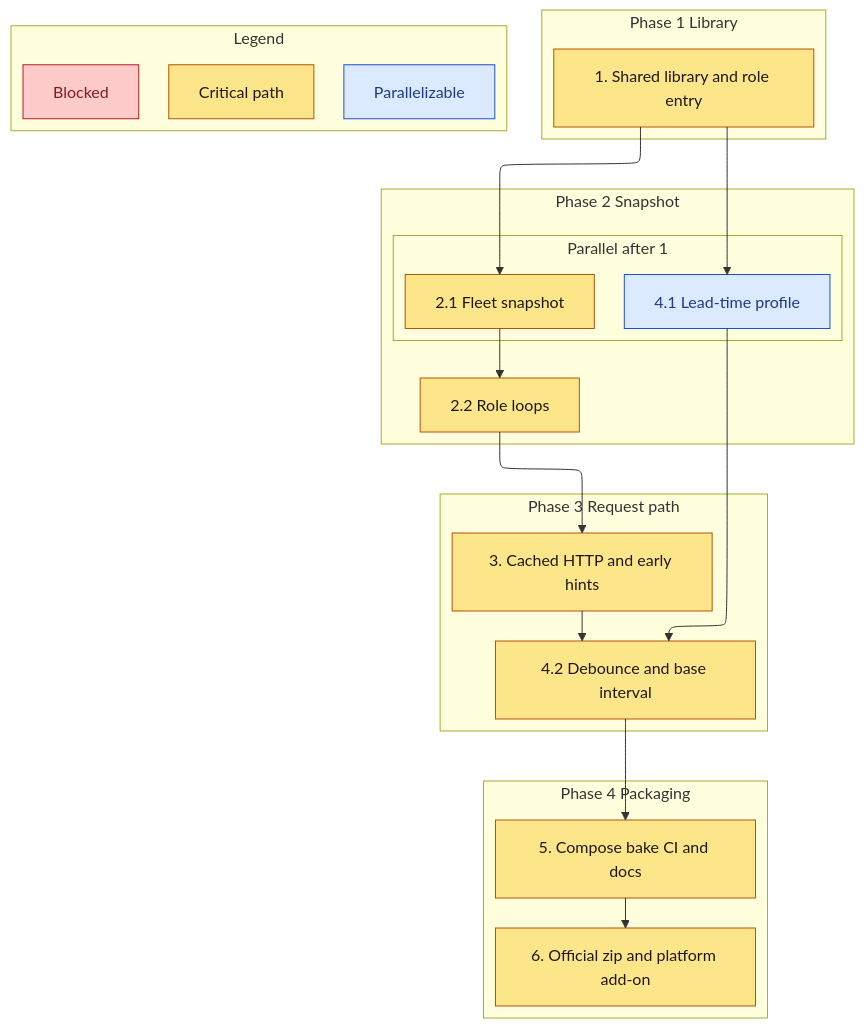
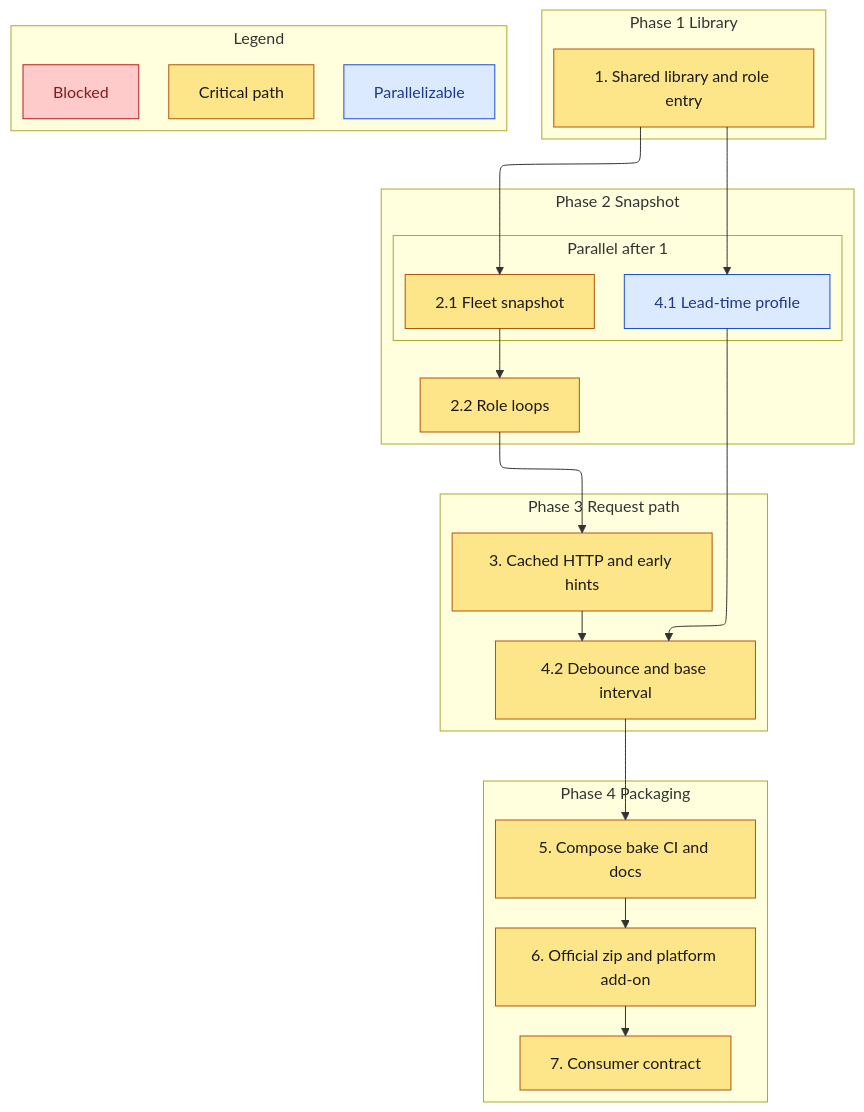
The diagram in .kiro/specs/three-feed-containers/tasks.md (sohampatwardhan/Amtrak-GTFS-RT), drawn with Mermaid before and after one commit. The commit also changed other lines of this file and 4 other files, not shown here.

````diff
--- a/.kiro/specs/three-feed-containers/tasks.md
+++ b/.kiro/specs/three-feed-containers/tasks.md
@@ -42,46 +46,48 @@
 ```mermaid
 ---
 config:
   layout: elk
 ---
 flowchart TB
   subgraph phase1 [Phase 1 Library]
     t1["1. Shared library and role entry"]
   end
   subgraph phase2 [Phase 2 Snapshot]
     subgraph parallel2 [Parallel after 1]
       t21["2.1 Fleet snapshot"]
       t41["4.1 Lead-time profile"]
     end
     t22["2.2 Role loops"]
   end
   subgraph phase3 [Phase 3 Request path]
     t3["3. Cached HTTP and early hints"]
     t42["4.2 Debounce and base interval"]
   end
   subgraph phase4 [Phase 4 Packaging]
     t5["5. Compose bake CI and docs"]
     t6["6. Official zip and platform add-on"]
+    t7["7. Consumer contract"]
   end
   subgraph legend [Legend]
     legCrit["Critical path"]
     legPar["Parallelizable"]
     legBlock["Blocked"]
   end
   t1 --> t21
   t1 --> t41
   t21 --> t22
   t22 --> t3
   t41 --> t42
   t3 --> t42
   t42 --> t5
   t5 --> t6
+  t6 --> t7
   classDef critical fill:#fde68a,stroke:#b45309,color:#1c1917
   classDef parallel fill:#dbeafe,stroke:#1d4ed8,color:#1e3a8a
   classDef blocked fill:#fecaca,stroke:#b91c1c,color:#7f1d1d
-  class t1,t21,t22,t3,t42,t5,t6 critical
+  class t1,t21,t22,t3,t42,t5,t6,t7 critical
   class t41 parallel
   class legCrit critical
   class legPar parallel
   class legBlock blocked
 ```
````
